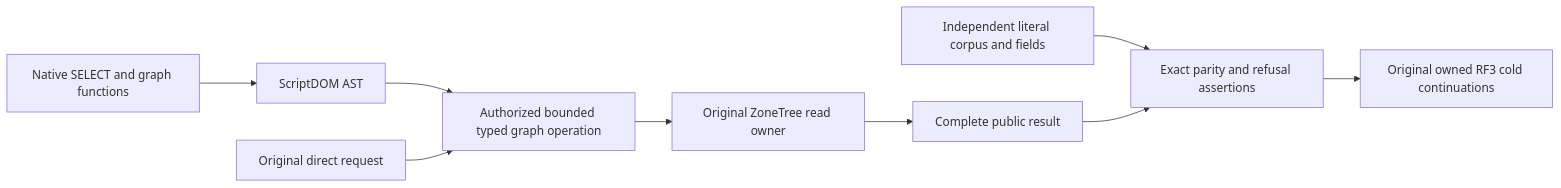
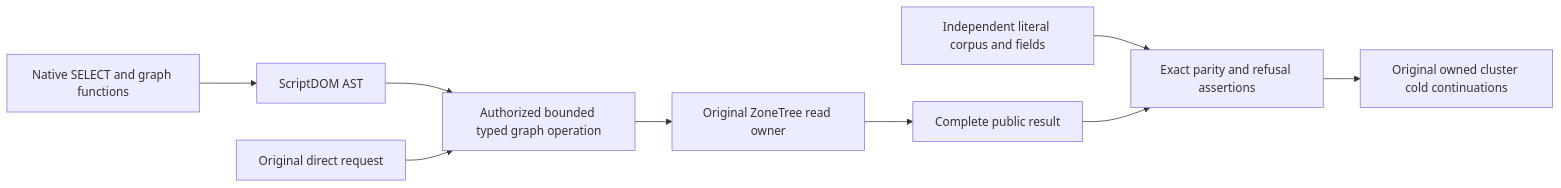
The diagram in docs/Features/QueryExecution/ScriptDomGraphConsumers.md (managedcode/KeyLoad), drawn with Mermaid before and after one commit. The commit also changed other lines of this file and 7356 other files, not shown here.

````diff
--- a/docs/Features/QueryExecution/ScriptDomGraphConsumers.md
+++ b/docs/Features/QueryExecution/ScriptDomGraphConsumers.md
@@ -12,11 +12,11 @@
 ```mermaid
 flowchart LR
     SQL[Native SELECT and graph functions] --> AST[ScriptDOM AST]
     AST --> Typed[Authorized bounded typed graph operation]
     Typed --> Owner[Original ZoneTree read owner]
     Owner --> Result[Complete public result]
     Direct[Original direct request] --> Typed
     Oracle[Independent literal corpus and fields] --> Verify[Exact parity and refusal assertions]
     Result --> Verify
-    Verify --> Cold[Original owned RF3 cold continuations]
+    Verify --> Cold[Original owned cluster cold continuations]
 ```
````
